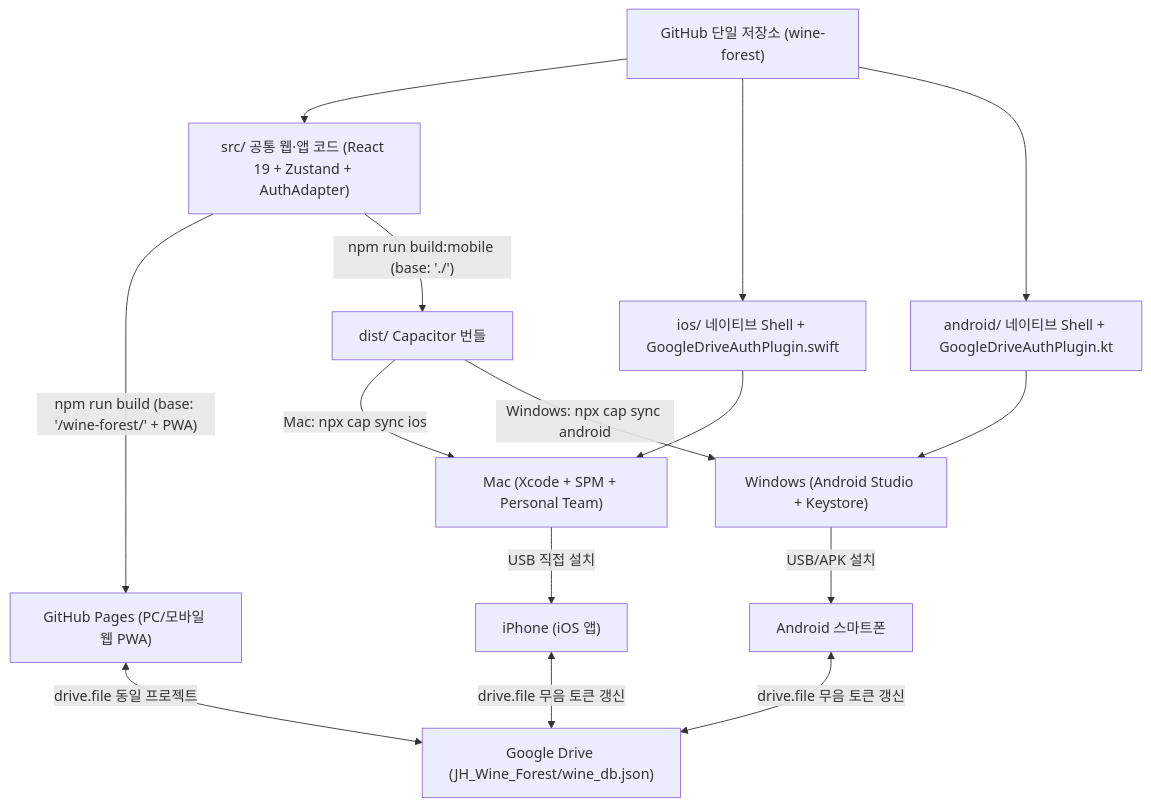
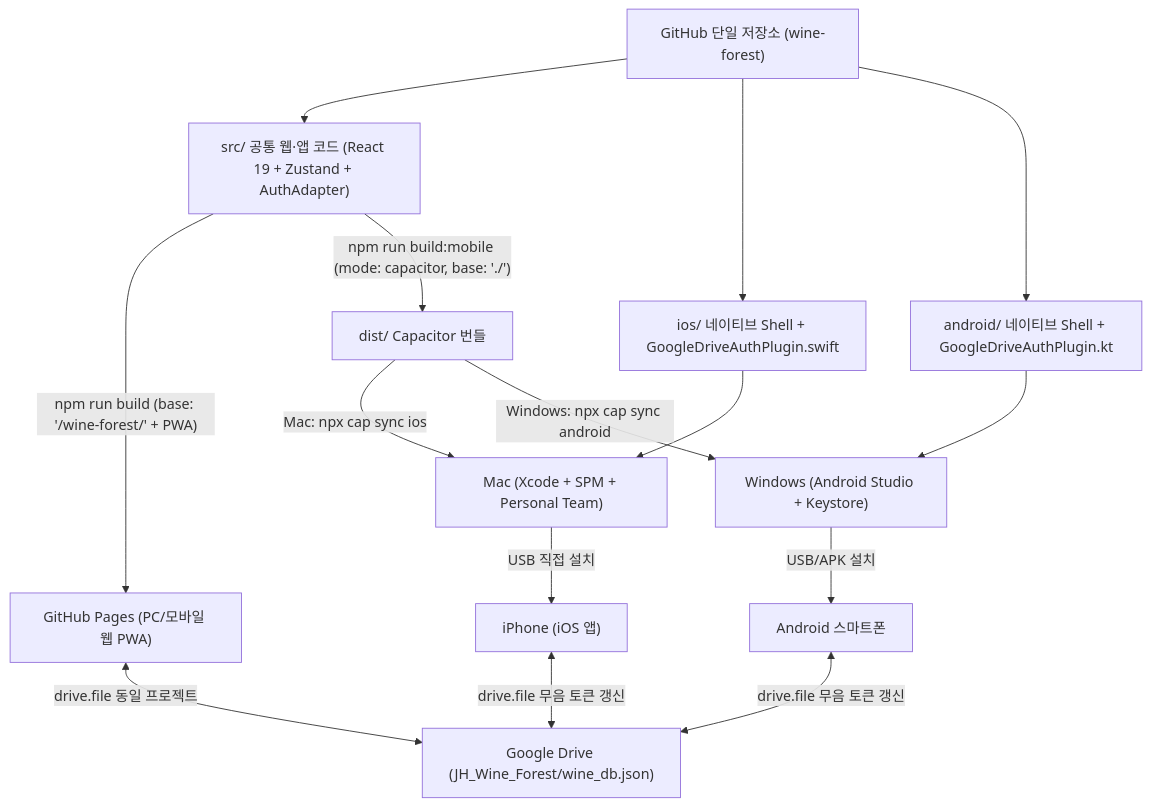
Before and after one commit to Jihoon2-Jung/wine-forest: the diagram in docs/MOBILE_IMPLEMENTATION_PLAN.md, drawn with Mermaid. The commit also changed other lines of this file and 81 other files, not shown here.

Commit message:
feat(mobile): scaffold iOS/Android Capacitor projects and GoogleDriveAuth native plugins

````diff
--- a/docs/MOBILE_IMPLEMENTATION_PLAN.md
+++ b/docs/MOBILE_IMPLEMENTATION_PLAN.md
@@ -34,26 +34,26 @@
 ```mermaid
 flowchart TD
     REPO["GitHub 단일 저장소 (wine-forest)"]
     SRC["src/ 공통 웹·앱 코드 (React 19 + Zustand + AuthAdapter)"]
     IOS_DIR["ios/ 네이티브 Shell + GoogleDriveAuthPlugin.swift"]
     AND_DIR["android/ 네이티브 Shell + GoogleDriveAuthPlugin.kt"]
 
     REPO --> SRC
     REPO --> IOS_DIR
     REPO --> AND_DIR
 
     SRC -->|"npm run build (base: '/wine-forest/' + PWA)"| WEB["GitHub Pages (PC/모바일 웹 PWA)"]
-    SRC -->|"npm run build:mobile (base: './')"| CAP_DIST["dist/ Capacitor 번들"]
+    SRC -->|"npm run build:mobile (mode: capacitor, base: './')"| CAP_DIST["dist/ Capacitor 번들"]
 
     CAP_DIST -->|"Mac: npx cap sync ios"| MAC["Mac (Xcode + SPM + Personal Team)"]
     IOS_DIR --> MAC
     MAC -->|"USB 직접 설치"| IPHONE["iPhone (iOS 앱)"]
 
     CAP_DIST -->|"Windows: npx cap sync android"| WIN["Windows (Android Studio + Keystore)"]
     AND_DIR --> WIN
     WIN -->|"USB/APK 설치"| ANDROID["Android 스마트폰"]
 
     WEB <-->|"drive.file 동일 프로젝트"| GDRIVE["Google Drive (JH_Wine_Forest/wine_db.json)"]
     IPHONE <-->|"drive.file 무음 토큰 갱신"| GDRIVE
     ANDROID <-->|"drive.file 무음 토큰 갱신"| GDRIVE
 ```
````
